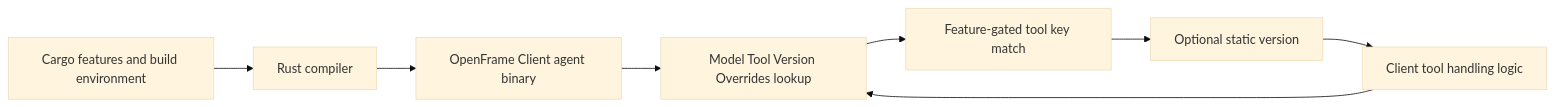
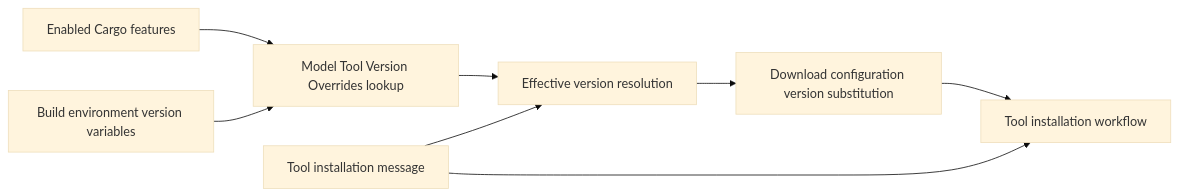
The first of 3 diagrams in docs/reference/architecture/openframe-client-core/model-tool-version-overrides/model-tool-version-overrides.md (flamingo-stack/openframe-oss-tenant), drawn with Mermaid (base theme) before and after one commit. The commit also changed other lines of this file and 2377 other files, not shown here.

````diff
--- a/docs/reference/architecture/openframe-client-core/model-tool-version-overrides/model-tool-version-overrides.md
+++ b/docs/reference/architecture/openframe-client-core/model-tool-version-overrides/model-tool-version-overrides.md
@@ -33,10 +29,10 @@
 ```mermaid
 flowchart LR
-    BuildInputs["Cargo features and build environment"] --> Compile["Rust compiler"]
-    Compile --> AgentBinary["OpenFrame Client agent binary"]
-    Caller["Client tool handling logic"] --> Lookup["Model Tool Version Overrides lookup"]
-    AgentBinary --> Lookup
-    Lookup --> Match["Feature-gated tool key match"]
-    Match --> Result["Optional static version"]
-    Result --> Caller
+    BuildFeatures["Enabled Cargo features"] --> Lookup["Model Tool Version Overrides lookup"]
+    BuildEnvironment["Build environment version variables"] --> Lookup
+    ToolMessage["Tool installation message"] --> EffectiveVersion["Effective version resolution"]
+    Lookup --> EffectiveVersion
+    EffectiveVersion --> DownloadConfig["Download configuration version substitution"]
+    DownloadConfig --> Installer["Tool installation workflow"]
+    ToolMessage --> Installer
 ```
````
